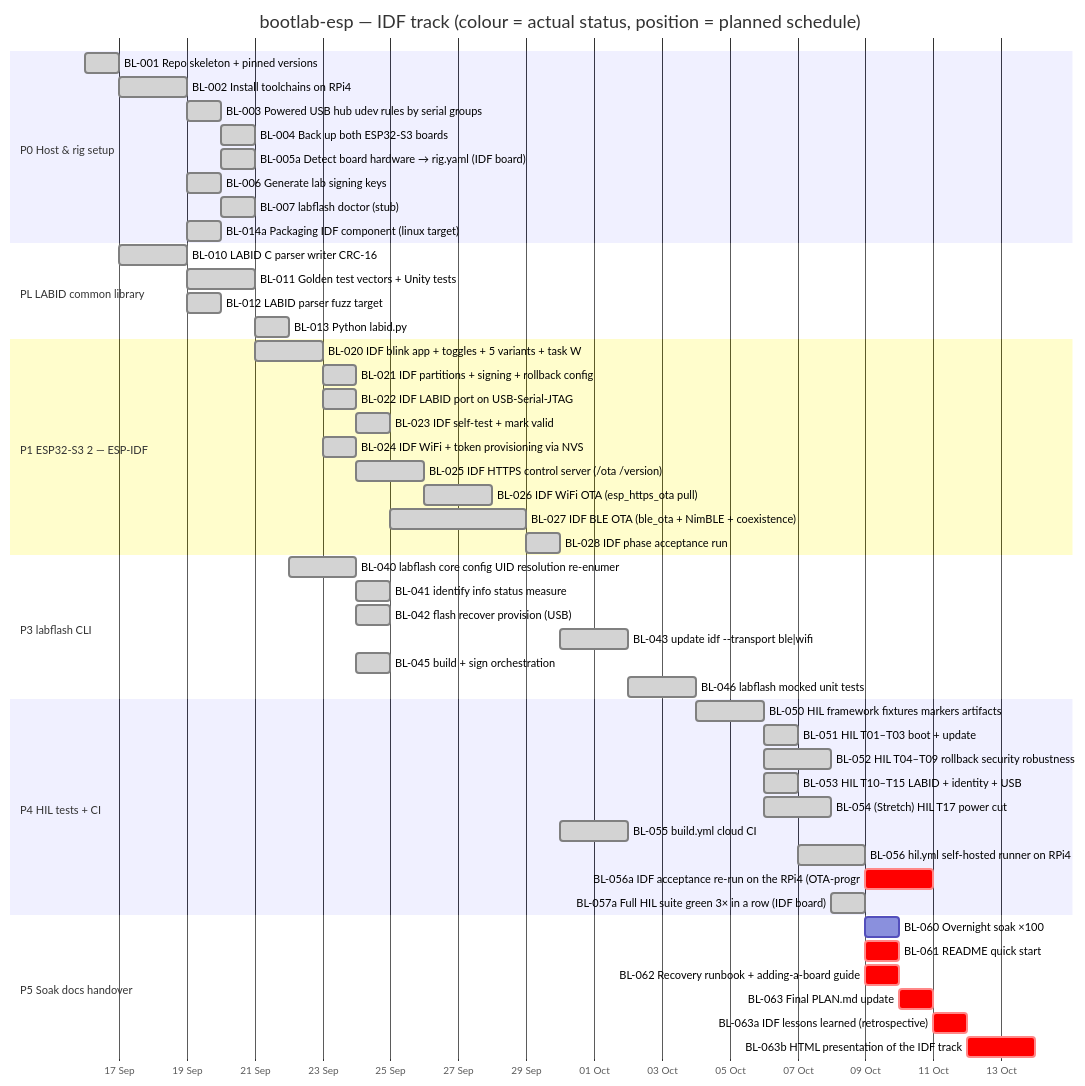
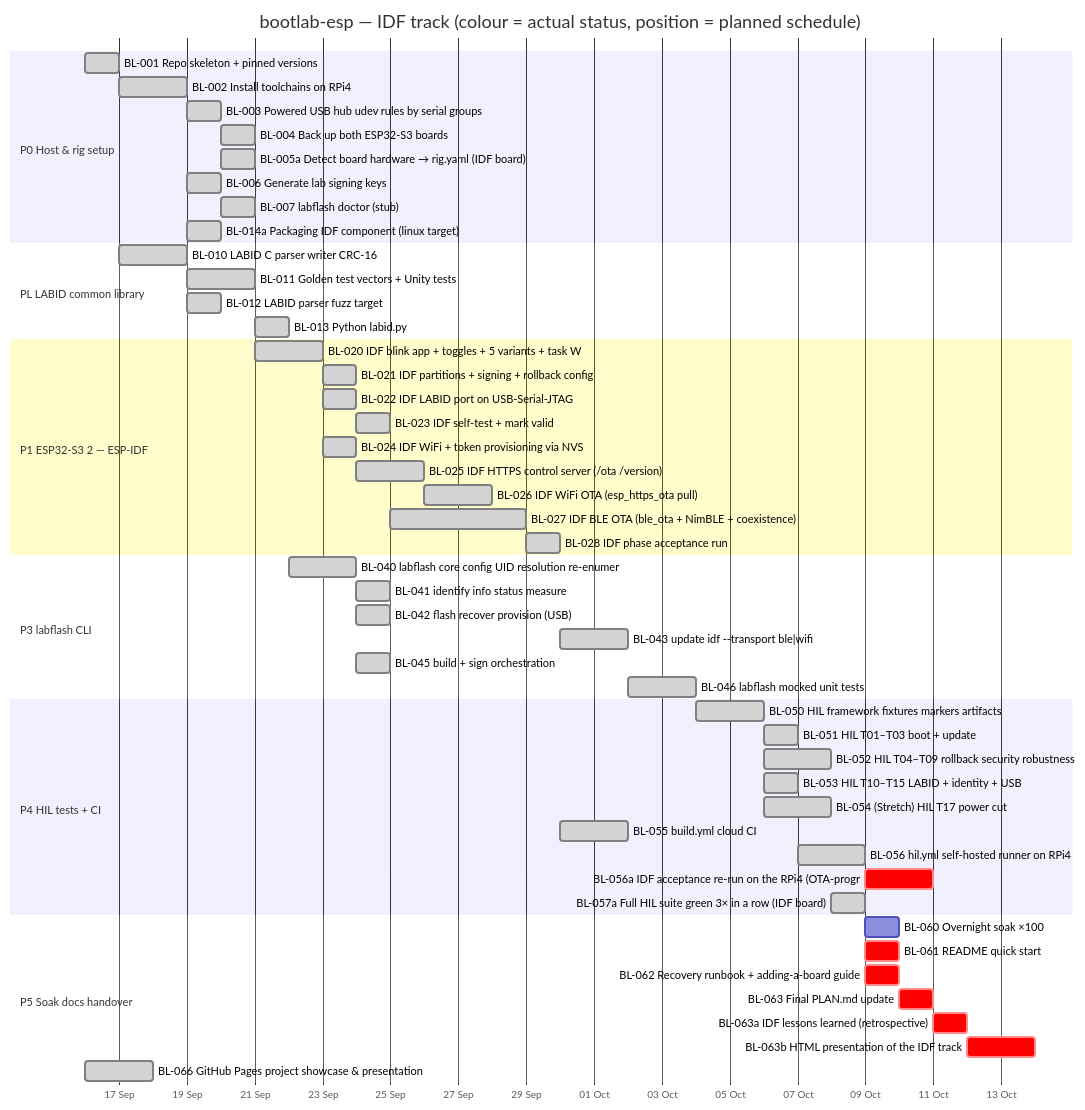
One commit to mohamed-soubhi/bootlab-esp changed the first of 2 diagrams in tickets/GANTT.md. Above: the diagram before and after it, drawn with Mermaid. The commit also changed other lines of this file and 3 other files, not shown here.

Commit message:
feat(docs): add comprehensive GitHub Pages presentation & slide deck (BL-066)

````diff
--- a/tickets/GANTT.md
+++ b/tickets/GANTT.md
@@ -25,55 +25,56 @@
 ```mermaid
 gantt
     title bootlab-esp — IDF track (colour = actual status, position = planned schedule)
     dateFormat YYYY-MM-DD
     axisFormat %d %b
     todayMarker stroke-width:3px,stroke:#f80,opacity:0.7
     section P0 Host & rig setup
     BL-001 Repo skeleton + pinned versions :done, bl001, 2026-09-16, 1d
     BL-002 Install toolchains on RPi4 :done, bl002, 2026-09-17, 2d
     BL-003 Powered USB hub udev rules by serial groups :done, bl003, 2026-09-19, 1d
     BL-004 Back up both ESP32-S3 boards :done, bl004, 2026-09-20, 1d
     BL-005a Detect board hardware → rig.yaml (IDF board) :done, bl005a, 2026-09-20, 1d
     BL-006 Generate lab signing keys :done, bl006, 2026-09-19, 1d
     BL-007 labflash doctor (stub) :done, bl007, 2026-09-20, 1d
     BL-014a Packaging IDF component (linux target) :done, bl014a, 2026-09-19, 1d
     section PL LABID common library
     BL-010 LABID C parser writer CRC-16 :done, bl010, 2026-09-17, 2d
     BL-011 Golden test vectors + Unity tests :done, bl011, 2026-09-19, 2d
     BL-012 LABID parser fuzz target :done, bl012, 2026-09-19, 1d
     BL-013 Python labid.py :done, bl013, 2026-09-21, 1d
     section P1 ESP32-S3 2 — ESP-IDF
     BL-020 IDF blink app + toggles + 5 variants + task W :done, bl020, 2026-09-21, 2d
     BL-021 IDF partitions + signing + rollback config :done, bl021, 2026-09-23, 1d
     BL-022 IDF LABID port on USB-Serial-JTAG :done, bl022, 2026-09-23, 1d
     BL-023 IDF self-test + mark valid :done, bl023, 2026-09-24, 1d
     BL-024 IDF WiFi + token provisioning via NVS :done, bl024, 2026-09-23, 1d
     BL-025 IDF HTTPS control server (/ota /version) :done, bl025, 2026-09-24, 2d
     BL-026 IDF WiFi OTA (esp_https_ota pull) :done, bl026, 2026-09-26, 2d
     BL-027 IDF BLE OTA (ble_ota + NimBLE + coexistence) :done, bl027, 2026-09-25, 4d
     BL-028 IDF phase acceptance run :done, bl028, 2026-09-29, 1d
     section P3 labflash CLI
     BL-040 labflash core config UID resolution re-enumer :done, bl040, 2026-09-22, 2d
     BL-041 identify info status measure :done, bl041, 2026-09-24, 1d
     BL-042 flash recover provision (USB) :done, bl042, 2026-09-24, 1d
     BL-043 update idf --transport ble|wifi :done, bl043, 2026-09-30, 2d
     BL-045 build + sign orchestration :done, bl045, 2026-09-24, 1d
     BL-046 labflash mocked unit tests :done, bl046, 2026-10-02, 2d
     section P4 HIL tests + CI
     BL-050 HIL framework fixtures markers artifacts :done, bl050, 2026-10-04, 2d
     BL-051 HIL T01–T03 boot + update :done, bl051, 2026-10-06, 1d
     BL-052 HIL T04–T09 rollback security robustness :done, bl052, 2026-10-06, 2d
     BL-053 HIL T10–T15 LABID + identity + USB :done, bl053, 2026-10-06, 1d
     BL-054 (Stretch) HIL T17 power cut :done, bl054, 2026-10-06, 2d
     BL-055 build.yml cloud CI :done, bl055, 2026-09-30, 2d
     BL-056 hil.yml self-hosted runner on RPi4 :done, bl056, 2026-10-07, 2d
     BL-056a IDF acceptance re-run on the RPi4 (OTA-progr :crit, bl056a, 2026-10-09, 2d
     BL-057a Full HIL suite green 3× in a row (IDF board) :done, bl057a, 2026-10-08, 1d
     section P5 Soak docs handover
     BL-060 Overnight soak ×100 :bl060, 2026-10-09, 1d
     BL-061 README quick start :crit, bl061, 2026-10-09, 1d
     BL-062 Recovery runbook + adding-a-board guide :crit, bl062, 2026-10-09, 1d
     BL-063 Final PLAN.md update :crit, bl063, 2026-10-10, 1d
     BL-063a IDF lessons learned (retrospective) :crit, bl063a, 2026-10-11, 1d
     BL-063b HTML presentation of the IDF track :crit, bl063b, 2026-10-12, 2d
+    BL-066 GitHub Pages project showcase & presentation :done, bl066, 2026-09-16, 2d
 ```
````
